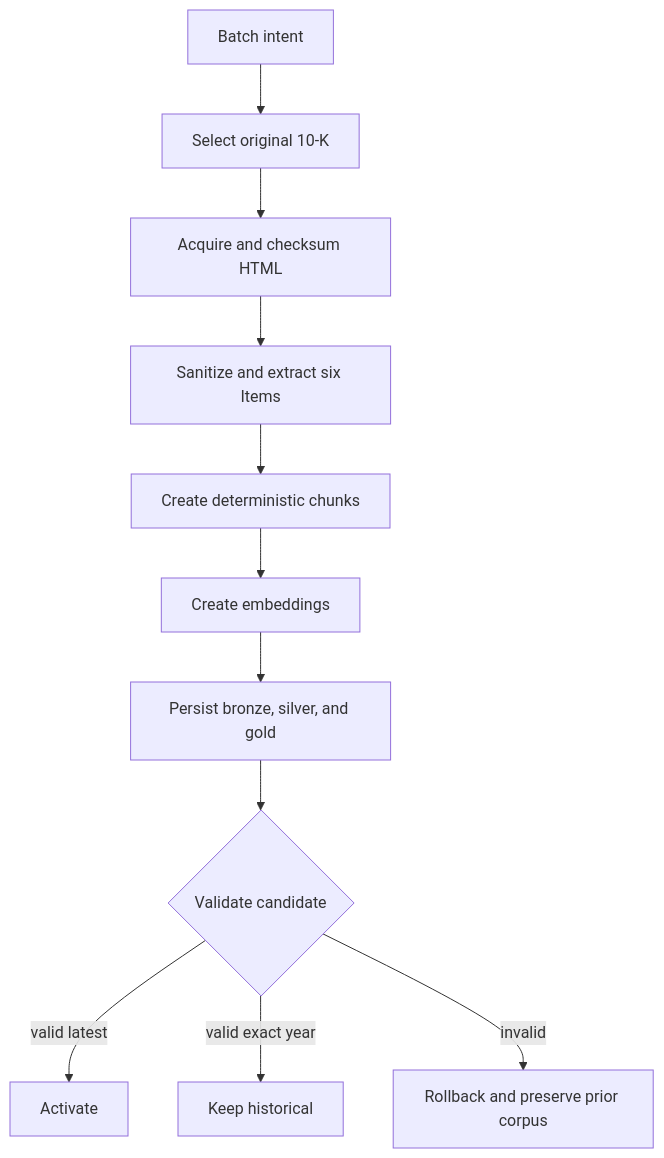
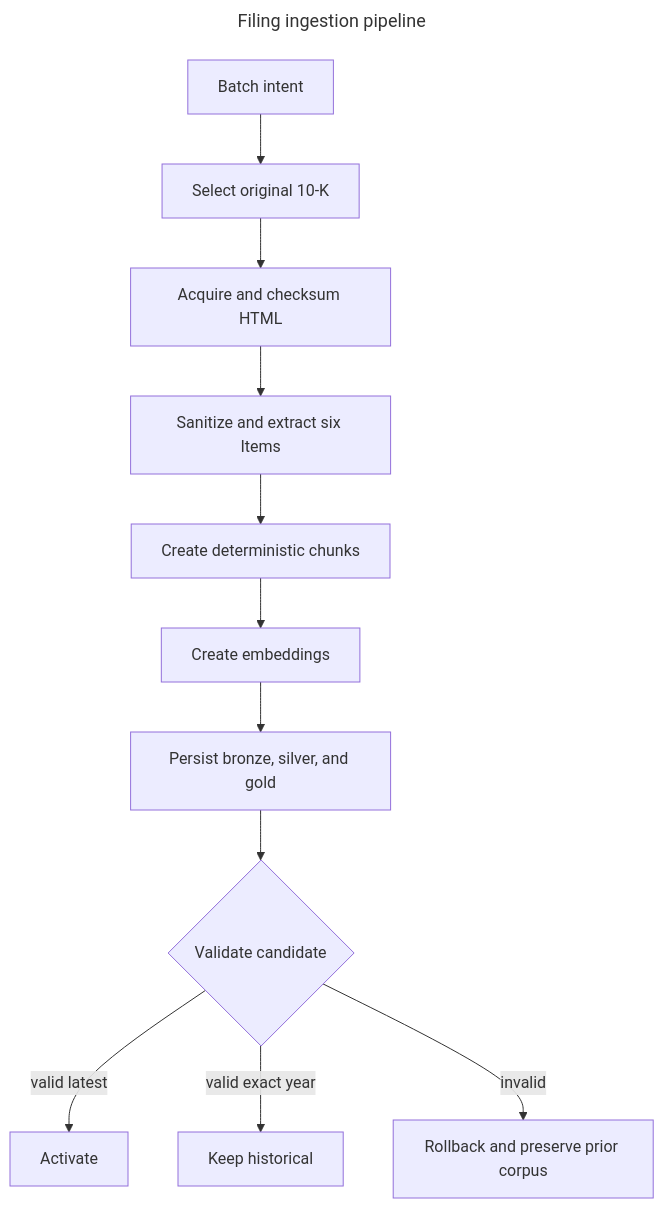
Before and after one commit to hongchit/sec-filing-rag-poc: the first of 3 diagrams in docs/pipeline.md, drawn with Mermaid. The commit also changed other lines of this file and 43 other files, not shown here.

````diff
--- a/docs/pipeline.md
+++ b/docs/pipeline.md
@@ -14,13 +14,16 @@
 ```mermaid
+---
+title: Filing ingestion pipeline
+---
 flowchart TD
   I[Batch intent] --> S[Select original 10-K]
   S --> A[Acquire and checksum HTML]
   A --> X[Sanitize and extract six Items]
   X --> C[Create deterministic chunks]
   C --> E[Create embeddings]
   E --> P[Persist bronze, silver, and gold]
   P --> V{Validate candidate}
   V -- valid latest --> AC[Activate]
   V -- valid exact year --> H[Keep historical]
   V -- invalid --> F[Rollback and preserve prior corpus]
 ```
````
